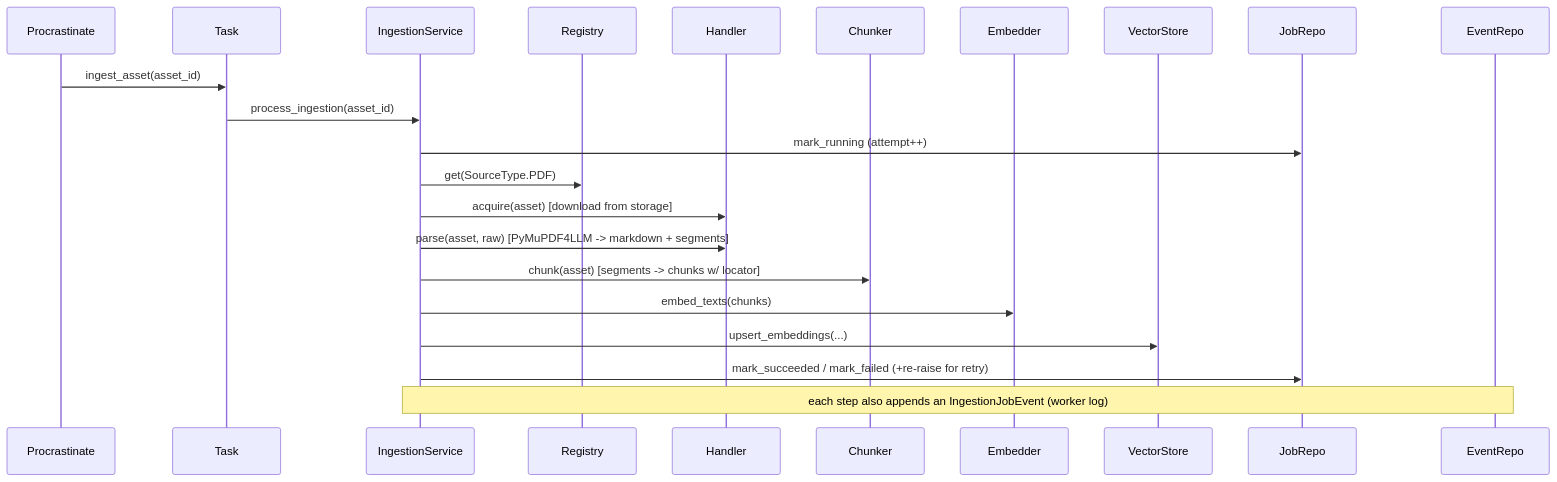
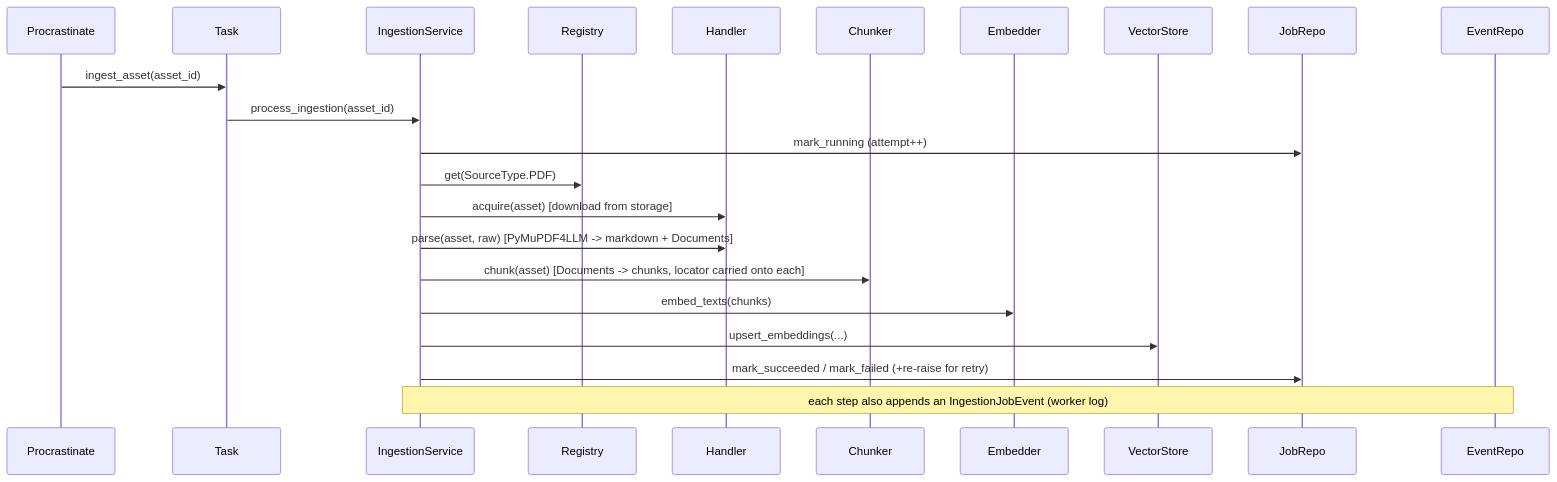
One commit to RoshanMuhammedR/KB-ULT changed the second of 3 diagrams in docs/architecture.md. Above: the diagram before and after it, drawn with Mermaid. The commit also changed other lines of this file and 27 other files, not shown here.

````diff
--- a/docs/architecture.md
+++ b/docs/architecture.md
@@ -89,25 +96,25 @@
 ```mermaid
 sequenceDiagram
   participant Queue as Procrastinate
   participant Task
   participant IngestionService
   participant Registry
   participant Handler
   participant Chunker
   participant Embedder
   participant VectorStore
   participant JobRepo
   participant EventRepo
 
   Queue->>Task: ingest_asset(asset_id)
   Task->>IngestionService: process_ingestion(asset_id)
   IngestionService->>JobRepo: mark_running (attempt++)
   IngestionService->>Registry: get(SourceType.PDF)
   IngestionService->>Handler: acquire(asset) [download from storage]
-  IngestionService->>Handler: parse(asset, raw) [PyMuPDF4LLM -> markdown + segments]
-  IngestionService->>Chunker: chunk(asset) [segments -> chunks w/ locator]
+  IngestionService->>Handler: parse(asset, raw) [PyMuPDF4LLM -> markdown + Documents]
+  IngestionService->>Chunker: chunk(asset) [Documents -> chunks, locator carried onto each]
   IngestionService->>Embedder: embed_texts(chunks)
   IngestionService->>VectorStore: upsert_embeddings(...)
   IngestionService->>JobRepo: mark_succeeded / mark_failed (+re-raise for retry)
   Note over IngestionService,EventRepo: each step also appends an IngestionJobEvent (worker log)
 ```
````
